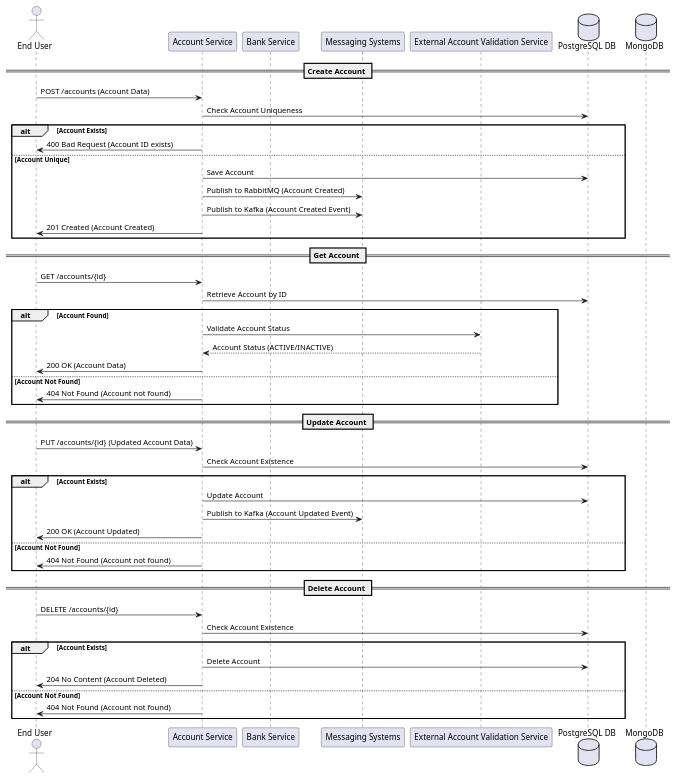
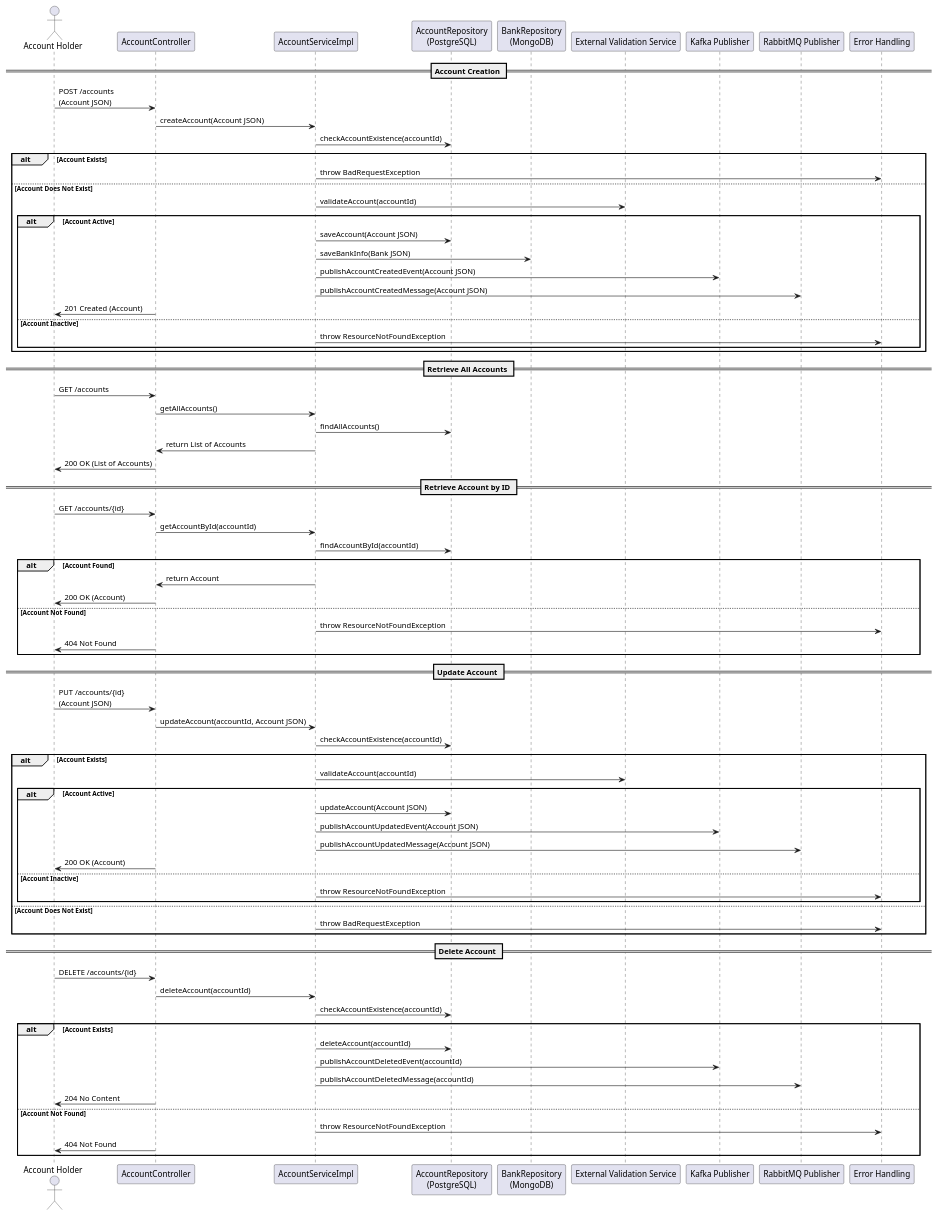
The diagram in design_document/AccountService.md (Bhaskar-Pavan/AccountService), drawn with PlantUML before and after one commit. The commit also changed other lines of this file, not shown here.

````diff
--- a/design_document/AccountService.md
+++ b/design_document/AccountService.md
@@ -35,56 +35,83 @@
 ```plantuml
 @startuml
+actor "Account Holder" as AH
+participant "AccountController" as AC
+participant "AccountServiceImpl" as AS
+participant "AccountRepository\n(PostgreSQL)" as AR
+participant "BankRepository\n(MongoDB)" as BR
+participant "External Validation Service" as EV
+participant "Kafka Publisher" as KP
+participant "RabbitMQ Publisher" as RP
+participant "Error Handling" as EH
 
-actor "End User" as User
-participant "Account Service" as AccountService
-participant "Bank Service" as BankService
-participant "Messaging Systems" as MessagingSystems
-participant "External Account Validation Service" as ValidationService
-database "PostgreSQL DB" as PostgreSQL
-database "MongoDB" as MongoDB
-
-== Create Account ==
-User -> AccountService: POST /accounts (Account Data)
-AccountService -> PostgreSQL: Check Account Uniqueness
+== Account Creation ==
+AH -> AC : POST /accounts\n(Account JSON)
+AC -> AS : createAccount(Account JSON)
+AS -> AR : checkAccountExistence(accountId)
 alt Account Exists
-    AccountService -> User: 400 Bad Request (Account ID exists)
-else Account Unique
-    AccountService -> PostgreSQL: Save Account
-    AccountService -> MessagingSystems: Publish to RabbitMQ (Account Created)
-    AccountService -> MessagingSystems: Publish to Kafka (Account Created Event)
-    AccountService -> User: 201 Created (Account Created)
+    AS -> EH : throw BadRequestException
+else Account Does Not Exist
+    AS -> EV : validateAccount(accountId)
+    alt Account Active
+        AS -> AR : saveAccount(Account JSON)
+        AS -> BR : saveBankInfo(Bank JSON)
+        AS -> KP : publishAccountCreatedEvent(Account JSON)
+        AS -> RP : publishAccountCreatedMessage(Account JSON)
+        AC -> AH : 201 Created (Account)
+    else Account Inactive
+        AS -> EH : throw ResourceNotFoundException
+    end
 end
 
-== Get Account ==
-User -> AccountService: GET /accounts/{id}
-AccountService -> PostgreSQL: Retrieve Account by ID
+== Retrieve All Accounts ==
+AH -> AC : GET /accounts
+AC -> AS : getAllAccounts()
+AS -> AR : findAllAccounts()
+AS -> AC : return List of Accounts
+AC -> AH : 200 OK (List of Accounts)
+
+== Retrieve Account by ID ==
+AH -> AC : GET /accounts/{id}
+AC -> AS : getAccountById(accountId)
+AS -> AR : findAccountById(accountId)
 alt Account Found
-    AccountService -> ValidationService: Validate Account Status
-    ValidationService --> AccountService: Account Status (ACTIVE/INACTIVE)
-    AccountService -> User: 200 OK (Account Data)
+    AS -> AC : return Account
+    AC -> AH : 200 OK (Account)
 else Account Not Found
-    AccountService -> User: 404 Not Found (Account not found)
+    AS -> EH : throw ResourceNotFoundException
+    AC -> AH : 404 Not Found
 end
 
 == Update Account ==
-User -> AccountService: PUT /accounts/{id} (Updated Account Data)
-AccountService -> PostgreSQL: Check Account Existence
+AH -> AC : PUT /accounts/{id}\n(Account JSON)
+AC -> AS : updateAccount(accountId, Account JSON)
+AS -> AR : checkAccountExistence(accountId)
 alt Account Exists
-    AccountService -> PostgreSQL: Update Account
-    AccountService -> MessagingSystems: Publish to Kafka (Account Updated Event)
-    AccountService -> User: 200 OK (Account Updated)
-else Account Not Found
-    AccountService -> User: 404 Not Found (Account not found)
+    AS -> EV : validateAccount(accountId)
+    alt Account Active
+        AS -> AR : updateAccount(Account JSON)
+        AS -> KP : publishAccountUpdatedEvent(Account JSON)
+        AS -> RP : publishAccountUpdatedMessage(Account JSON)
+        AC -> AH : 200 OK (Account)
+    else Account Inactive
+        AS -> EH : throw ResourceNotFoundException
+    end
+else Account Does Not Exist
+    AS -> EH : throw BadRequestException
 end
 
 == Delete Account ==
-User -> AccountService: DELETE /accounts/{id}
-AccountService -> PostgreSQL: Check Account Existence
+AH -> AC : DELETE /accounts/{id}
+AC -> AS : deleteAccount(accountId)
+AS -> AR : checkAccountExistence(accountId)
 alt Account Exists
-    AccountService -> PostgreSQL: Delete Account
-    AccountService -> User: 204 No Content (Account Deleted)
+    AS -> AR : deleteAccount(accountId)
+    AS -> KP : publishAccountDeletedEvent(accountId)
+    AS -> RP : publishAccountDeletedMessage(accountId)
+    AC -> AH : 204 No Content
 else Account Not Found
-    AccountService -> User: 404 Not Found (Account not found)
+    AS -> EH : throw ResourceNotFoundException
+    AC -> AH : 404 Not Found
 end
 
 @enduml
````
